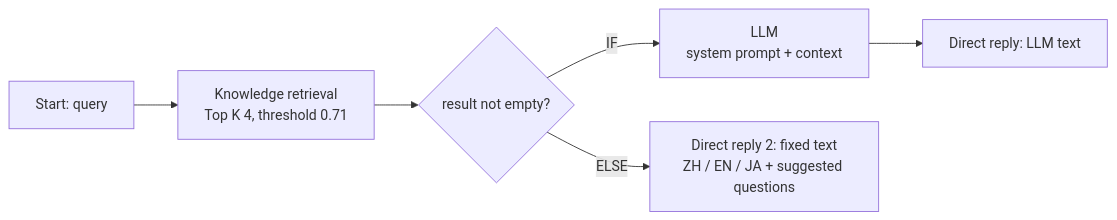
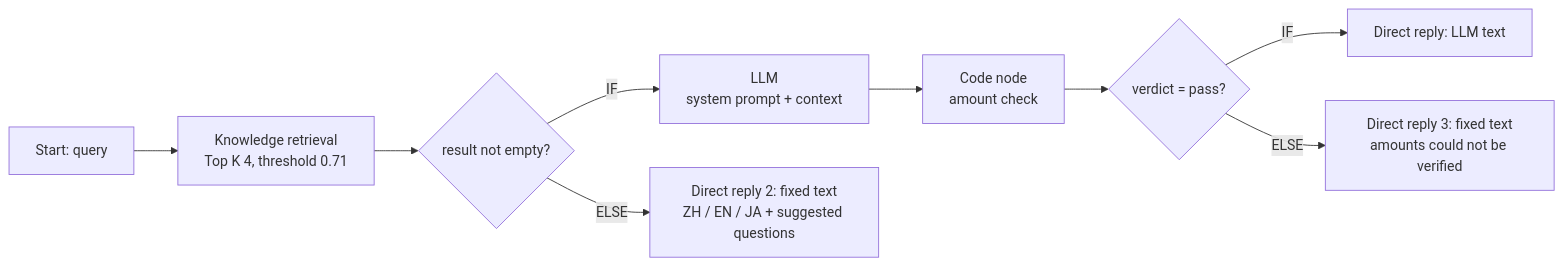
The diagram in chatbot/app-config.md (atsushigo/japan-ferry-kb), drawn with Mermaid before and after one commit. The commit also changed 22 other files, not shown here.

First line of the commit message:
Wire the amount guardrail into Dify and record the live check

````diff
--- a/chatbot/app-config.md
+++ b/chatbot/app-config.md
@@ -19,7 +19,10 @@
 ```mermaid
 flowchart LR
     S[Start: query] --> K[Knowledge retrieval<br/>Top K 4, threshold 0.71]
     K --> C{result not empty?}
-    C -- IF --> L[LLM<br/>system prompt + context] --> A[Direct reply: LLM text]
+    C -- IF --> L[LLM<br/>system prompt + context] --> G[Code node<br/>amount check]
+    G --> V{verdict = pass?}
+    V -- IF --> A[Direct reply: LLM text]
+    V -- ELSE --> B[Direct reply 3: fixed text<br/>amounts could not be verified]
     C -- ELSE --> F[Direct reply 2: fixed text<br/>ZH / EN / JA + suggested questions]
 ```
````
